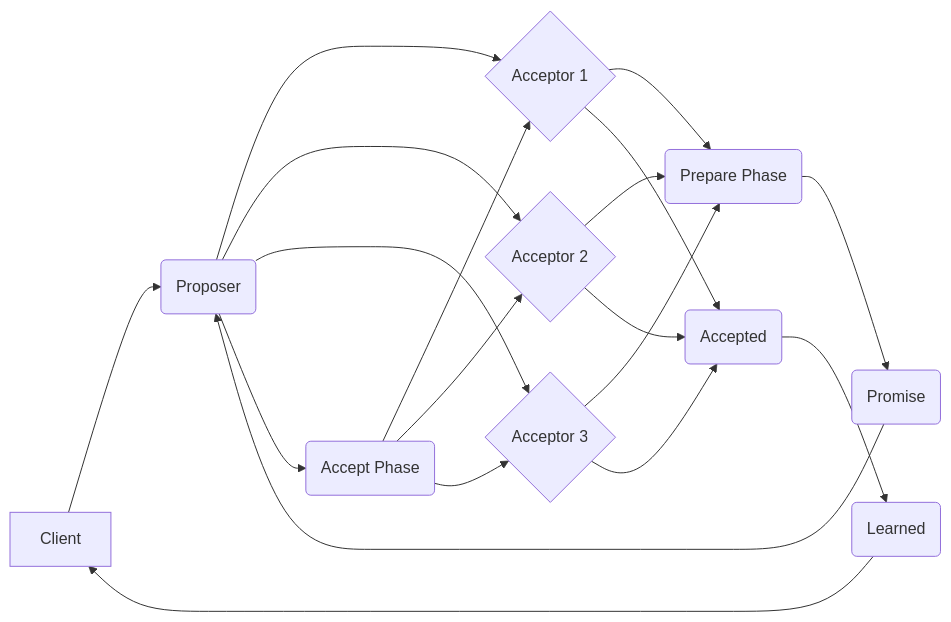
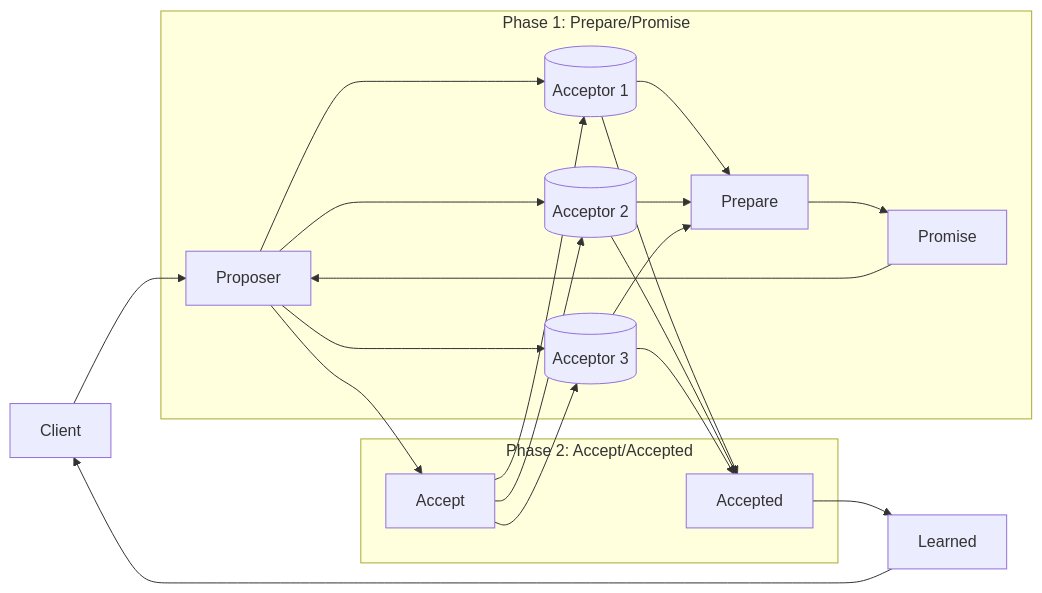
The first of 3 diagrams in posts/distributed-systems/distributed-consensus/index.qmd (muthuspark/system-design), drawn with Mermaid before and after one commit. The commit also changed other lines of this file and 302 other files, not shown here.

````diff
--- a/posts/distributed-systems/distributed-consensus/index.qmd
+++ b/posts/distributed-systems/distributed-consensus/index.qmd
@@ -30,22 +29,29 @@
 ```{mermaid}
 graph LR
-    A[Client] --> B(Proposer);
-    B --> C{Acceptor 1};
-    B --> D{Acceptor 2};
-    B --> E{Acceptor 3};
-    C --> F(Prepare Phase);
-    D --> F;
-    E --> F;
-    F --> G(Promise);
-    G --> B;
-    B --> H(Accept Phase);
-    H --> C;
-    H --> D;
-    H --> E;
-    C --> I(Accepted);
-    D --> I;
-    E --> I;
-    I --> J(Learned);
-    J --> A;
+   A[Client] --> B[Proposer]
+   B --> C[(Acceptor 1)]
+   B --> D[(Acceptor 2)]
+   B --> E[(Acceptor 3)]
+   
+   subgraph "Phase 1: Prepare/Promise"
+       C --> F[Prepare]
+       D --> F
+       E --> F
+       F --> G[Promise]
+       G --> B
+   end
+   
+   subgraph "Phase 2: Accept/Accepted"
+       B --> H[Accept]
+       H --> C
+       H --> D
+       H --> E
+       C --> I[Accepted]
+       D --> I
+       E --> I
+   end
+   
+   I --> J[Learned]
+   J --> A
 
 ```
````
